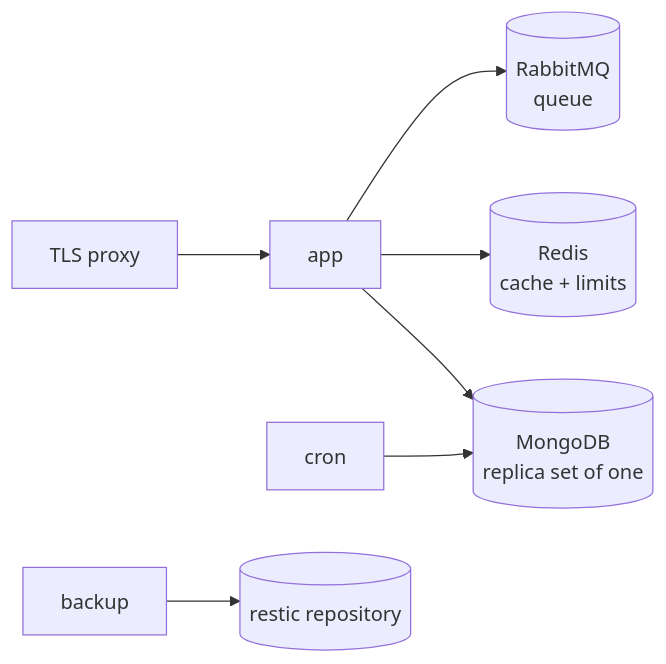
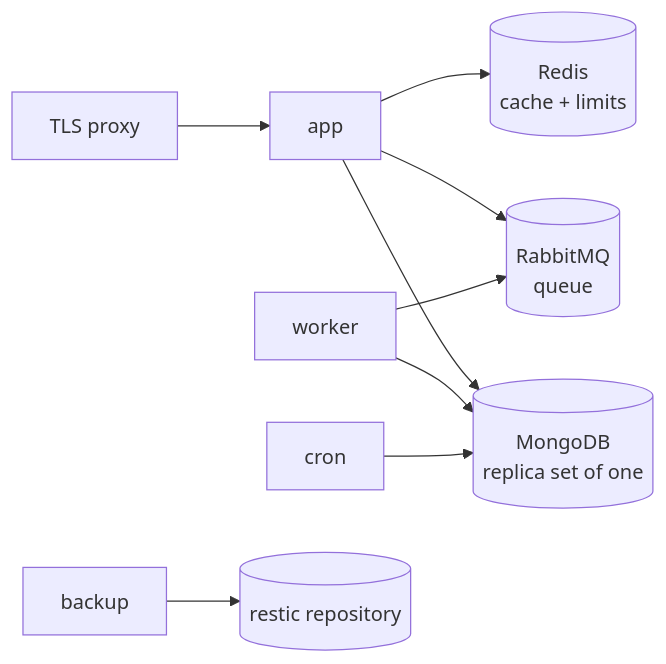
The first of 2 diagrams in docs/operate/ways-to-deploy/docker-server.md (Guebbit/boilerplate-node-backend), drawn with Mermaid before and after one commit. The commit also changed other lines of this file and 62 other files, not shown here.

First line of the commit message:
feat(queue): take jobs in a worker process, so the api only publishes

````diff
--- a/docs/operate/ways-to-deploy/docker-server.md
+++ b/docs/operate/ways-to-deploy/docker-server.md
@@ -10,9 +10,11 @@
 ```mermaid
 flowchart LR
     Proxy["TLS proxy"] --> App["app"]
     App --> Mongo[("MongoDB\nreplica set of one")]
     App --> Redis[("Redis\ncache + limits")]
     App --> Queue[("RabbitMQ\nqueue")]
+    Worker["worker"] --> Queue
+    Worker --> Mongo
     Cron["cron"] --> Mongo
     Backup["backup"] --> Repo[("restic repository")]
 ```
````
